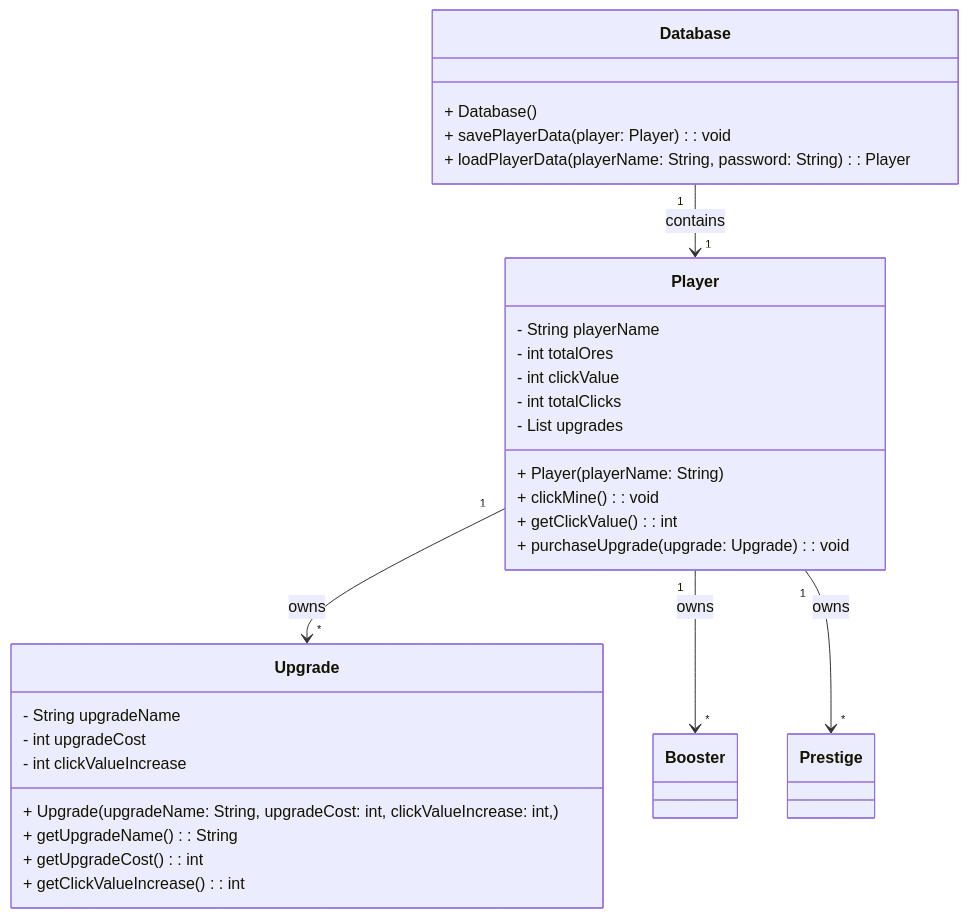
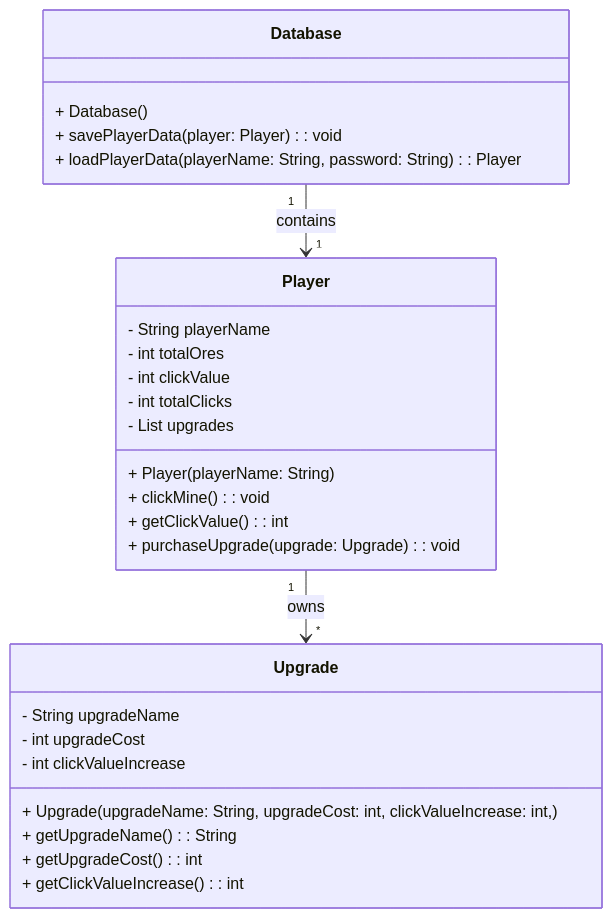
One commit to KAYRAHxWOLF/MasterMinerV1 changed the first of 2 diagrams in README.md. Above: the diagram before and after it, drawn with Mermaid.

````diff
--- a/README.md
+++ b/README.md
@@ -30,33 +30,31 @@
 ```mermaid
 classDiagram
     class Player {
         - String playerName
         - int totalOres
         - int clickValue
         - int totalClicks
         - List<Upgrade> upgrades
         + Player(playerName: String)
         + clickMine(): void
         + getClickValue(): int
         + purchaseUpgrade(upgrade: Upgrade): void
     }
     class Upgrade {
         - String upgradeName
         - int upgradeCost
         - int clickValueIncrease
         + Upgrade(upgradeName: String, upgradeCost: int, clickValueIncrease: int,)
         + getUpgradeName(): String
         + getUpgradeCost(): int
         + getClickValueIncrease(): int
     }
       class Database { 
       + Database() 
       + savePlayerData(player: Player): void 
       + loadPlayerData(playerName: String, password: String): Player
     }
 
     Player "1" --> "*" Upgrade : owns
-    Player "1" --> "*" Booster : owns
-    Player "1" --> "*" Prestige : owns
     Database "1" --> "1" Player : contains
 ```
````
